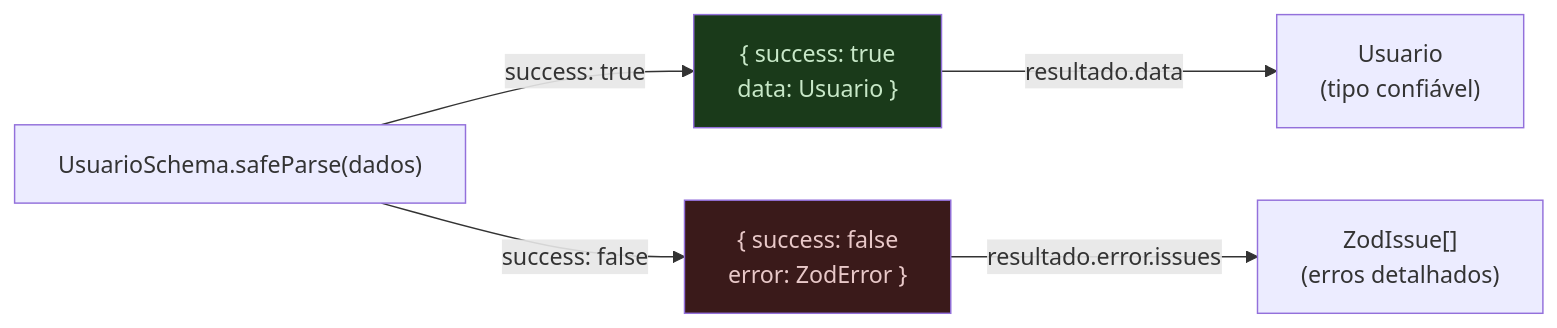
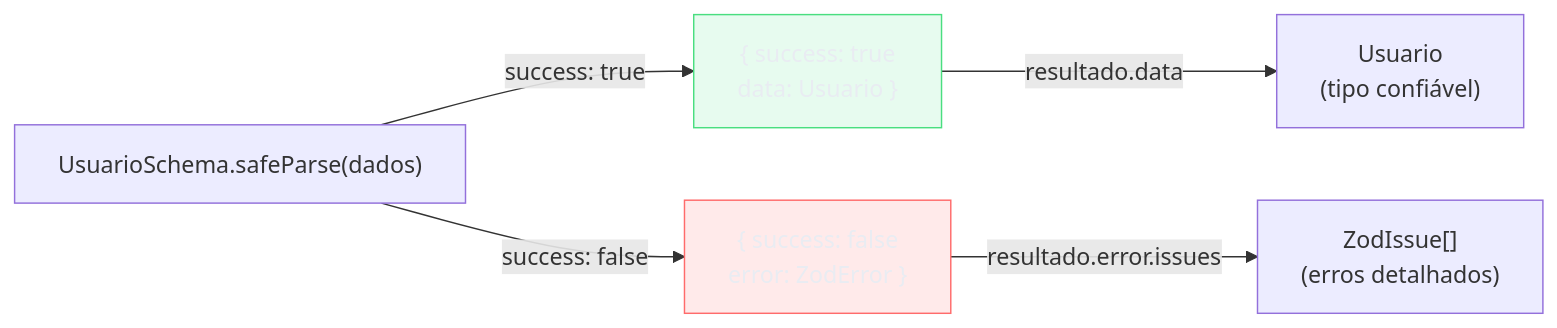
One commit to josenaldo/codex-technomanticus changed the sixth of 6 diagrams in 03-Dominios/Tecnologia/TypeScript/23 - A fronteira type↔runtime - parse, don't validate.md. Above: the diagram before and after it, drawn with Mermaid. The commit also changed other lines of this file and 1181 other files, not shown here.

First line of the commit message:
fix(diagramas): paleta do sistema no lugar de cor cravada no markdown

````diff
--- a/03-Dominios/Tecnologia/TypeScript/23 - A fronteira type↔runtime - parse, don't validate.md
+++ b/03-Dominios/Tecnologia/TypeScript/23 - A fronteira type↔runtime - parse, don't validate.md
@@ -609,13 +618,15 @@
 ```mermaid
 flowchart LR
+    classDef ok fill:#4ADE8021,stroke:#4ADE80,color:#E9ECF2
+    classDef falha fill:#FF6B6B24,stroke:#FF6B6B,color:#E9ECF2
     SP["UsuarioSchema.safeParse(dados)"]
 
     SP -->|"success: true"| OK["{ success: true\n  data: Usuario }"]
     SP -->|"success: false"| ERR["{ success: false\n  error: ZodError }"]
 
     OK -->|"resultado.data"| TYPED["Usuario\n(tipo confiável)"]
     ERR -->|"resultado.error.issues"| ISSUES["ZodIssue[]\n(erros detalhados)"]
 
-    style OK fill:#1a3a1a,color:#c8e8c8
-    style ERR fill:#3a1a1a,color:#e8c8c8
+    class OK ok
+    class ERR falha
 ```
````
